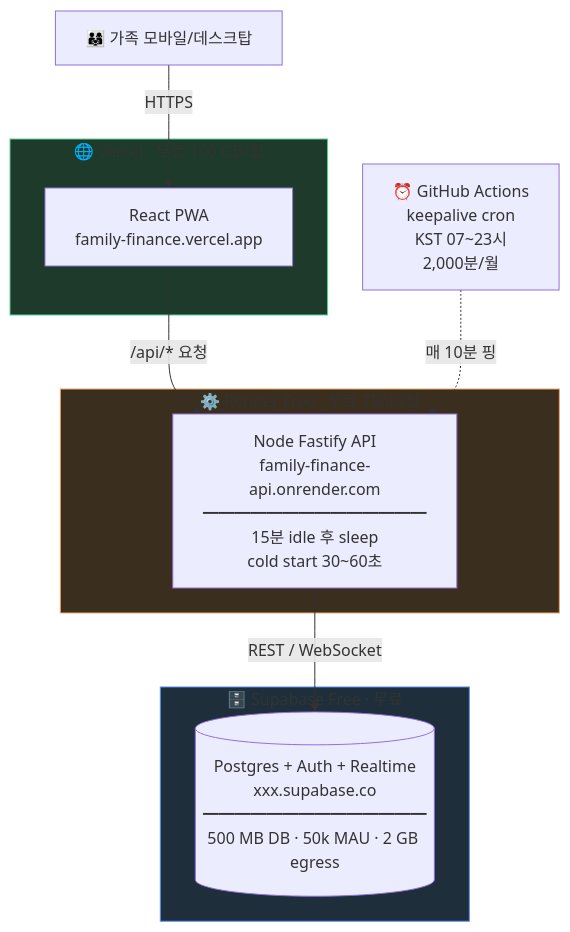
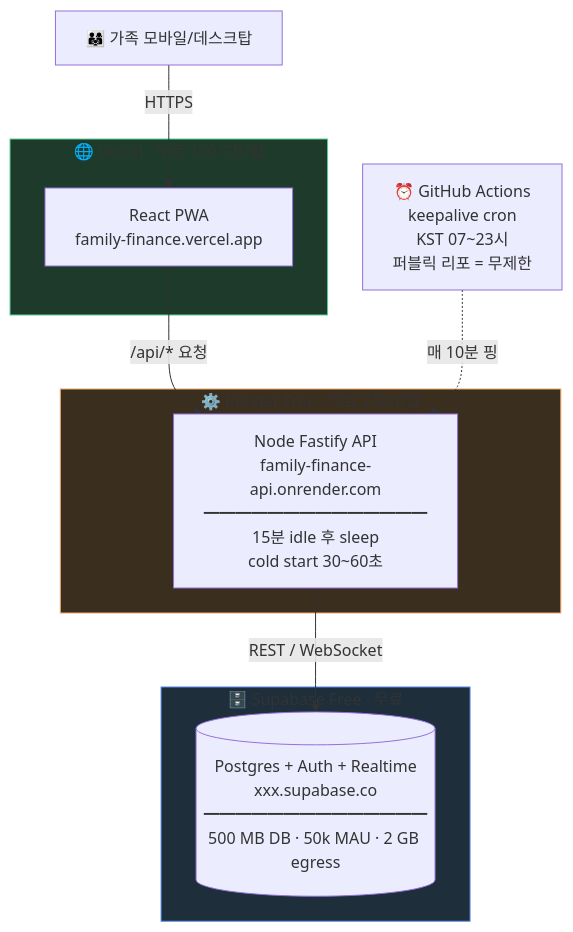
The first of 3 diagrams in docs/DEPLOY_FREE.md (cw-20022379/money-manager), drawn with Mermaid before and after one commit. The commit also changed other lines of this file, not shown here.

First line of the commit message:
docs: GitHub Actions 한도 설명 정정 (퍼블릭/프라이빗 분기)

````diff
--- a/docs/DEPLOY_FREE.md
+++ b/docs/DEPLOY_FREE.md
@@ -11,28 +11,28 @@
 ```mermaid
 flowchart TB
     U["👨‍👩‍👧 가족 모바일/데스크탑"]
     U -->|HTTPS| V
 
     subgraph FRONT["🌐 Vercel · 무료 100 GB/월"]
         V["React PWA<br/>family-finance.vercel.app"]
     end
 
     V -->|/api/* 요청| R
 
     subgraph API["⚙️ Render Free · 무료 750h/월"]
         R["Node Fastify API<br/>family-finance-api.onrender.com<br/>━━━━━━━━━━━━━━<br/>15분 idle 후 sleep<br/>cold start 30~60초"]
     end
 
     R -->|REST / WebSocket| S
 
     subgraph BAAS["🗄️ Supabase Free · 무료"]
         S[("Postgres + Auth + Realtime<br/>xxx.supabase.co<br/>━━━━━━━━━━━━━━<br/>500 MB DB · 50k MAU · 2 GB egress")]
     end
 
-    GHA["⏰ GitHub Actions<br/>keepalive cron<br/>KST 07~23시<br/>2,000분/월"]
+    GHA["⏰ GitHub Actions<br/>keepalive cron<br/>KST 07~23시<br/>퍼블릭 리포 = 무제한"]
     GHA -.->|매 10분 핑| R
 
     style FRONT fill:#1e3a2a,stroke:#5ad19a
     style API fill:#3a2e1e,stroke:#f0a868
     style BAAS fill:#1e2e3a,stroke:#5b8def
 ```
````
